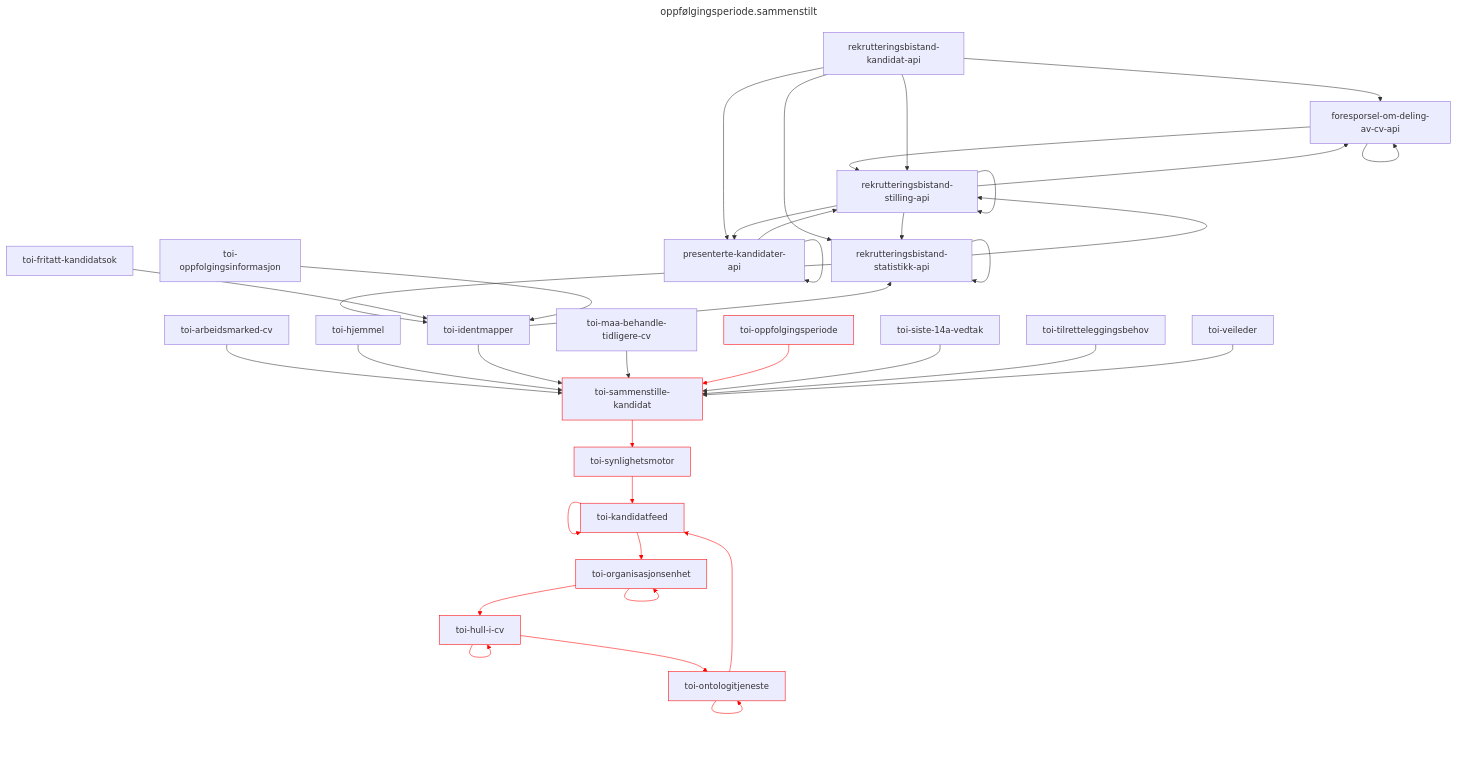
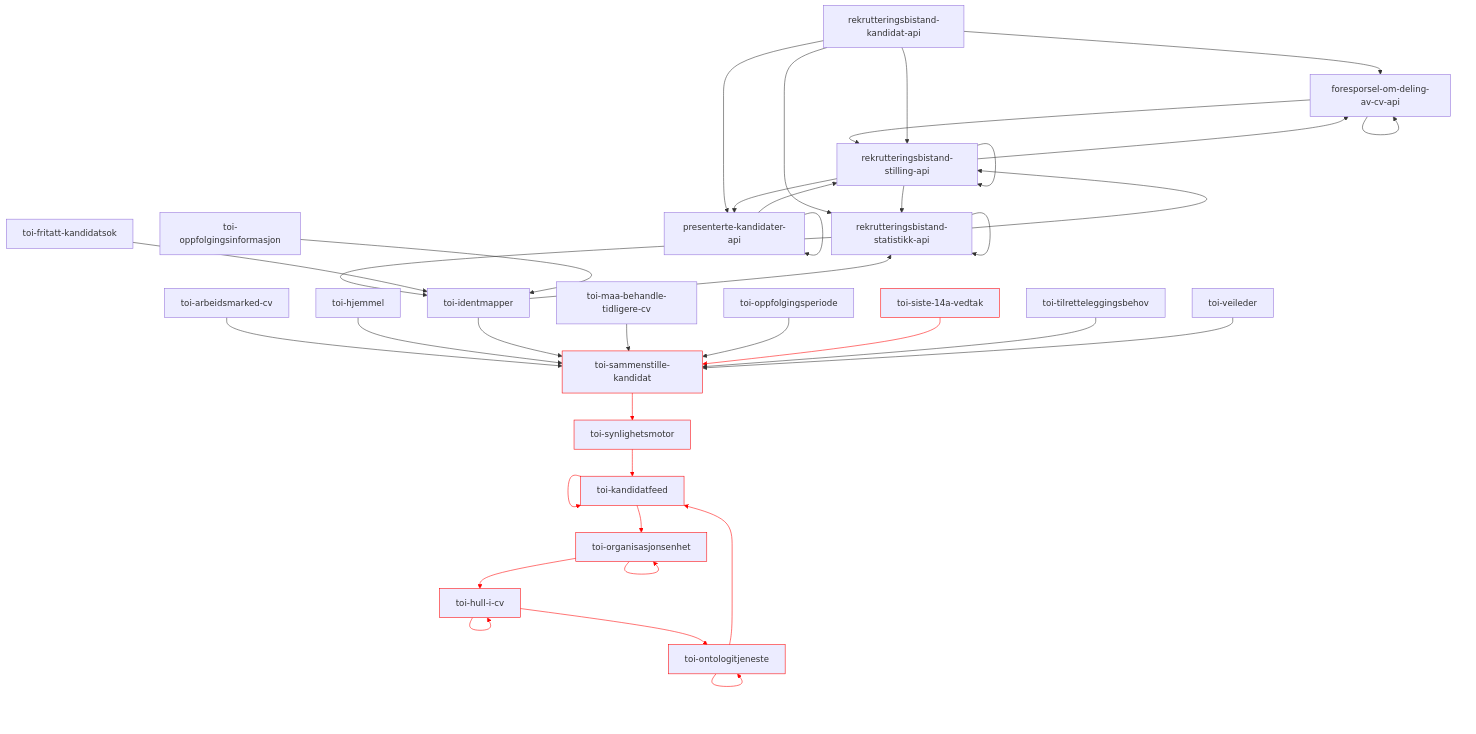
Before and after one commit to navikt/toi-rapids-and-rivers-grapher: diagram 22 of 34 in README.md, drawn with Mermaid. The commit also changed other lines of this file, not shown here.

Commit message:
Oppdater Mermaid utskrift

````diff
--- a/README.md
+++ b/README.md
@@ -625,45 +898,42 @@
 ```mermaid
----
-title: oppfølgingsperiode.sammenstilt
----
 graph TD;
 foresporsel-om-deling-av-cv-api --> foresporsel-om-deling-av-cv-api;
 foresporsel-om-deling-av-cv-api --> rekrutteringsbistand-stilling-api;
 presenterte-kandidater-api --> presenterte-kandidater-api;
 presenterte-kandidater-api --> rekrutteringsbistand-stilling-api;
 rekrutteringsbistand-kandidat-api --> foresporsel-om-deling-av-cv-api;
 rekrutteringsbistand-kandidat-api --> presenterte-kandidater-api;
 rekrutteringsbistand-kandidat-api --> rekrutteringsbistand-statistikk-api;
 rekrutteringsbistand-kandidat-api --> rekrutteringsbistand-stilling-api;
 rekrutteringsbistand-statistikk-api --> rekrutteringsbistand-statistikk-api;
 rekrutteringsbistand-statistikk-api --> rekrutteringsbistand-stilling-api;
 rekrutteringsbistand-statistikk-api --> toi-identmapper;
 rekrutteringsbistand-stilling-api --> foresporsel-om-deling-av-cv-api;
 rekrutteringsbistand-stilling-api --> presenterte-kandidater-api;
 rekrutteringsbistand-stilling-api --> rekrutteringsbistand-statistikk-api;
 rekrutteringsbistand-stilling-api --> rekrutteringsbistand-stilling-api;
 toi-arbeidsmarked-cv --> toi-sammenstille-kandidat;
 toi-fritatt-kandidatsok --> toi-identmapper;
 toi-hjemmel --> toi-sammenstille-kandidat;
 toi-hull-i-cv:::x --> toi-hull-i-cv:::x;
 toi-hull-i-cv:::x --> toi-ontologitjeneste:::x;
 toi-identmapper --> rekrutteringsbistand-statistikk-api;
 toi-identmapper --> toi-sammenstille-kandidat;
 toi-kandidatfeed:::x --> toi-kandidatfeed:::x;
 toi-kandidatfeed:::x --> toi-organisasjonsenhet:::x;
 toi-maa-behandle-tidligere-cv --> toi-sammenstille-kandidat;
 toi-ontologitjeneste:::x --> toi-kandidatfeed:::x;
 toi-ontologitjeneste:::x --> toi-ontologitjeneste:::x;
 toi-oppfolgingsinformasjon --> toi-identmapper;
-toi-oppfolgingsperiode:::x --> toi-sammenstille-kandidat:::x;
+toi-oppfolgingsperiode --> toi-sammenstille-kandidat;
 toi-organisasjonsenhet:::x --> toi-hull-i-cv:::x;
 toi-organisasjonsenhet:::x --> toi-organisasjonsenhet:::x;
 toi-sammenstille-kandidat:::x --> toi-synlighetsmotor:::x;
-toi-siste-14a-vedtak --> toi-sammenstille-kandidat;
+toi-siste-14a-vedtak:::x --> toi-sammenstille-kandidat:::x;
 toi-synlighetsmotor:::x --> toi-kandidatfeed:::x;
 toi-tilretteleggingsbehov --> toi-sammenstille-kandidat;
 toi-veileder --> toi-sammenstille-kandidat;
 
-linkStyle 18,19,22,23,25,26,28,29,30,31,33 stroke:red;
+linkStyle 18,19,22,23,25,26,29,30,31,32,33 stroke:red;
 classDef x stroke: red;
 ```
````
